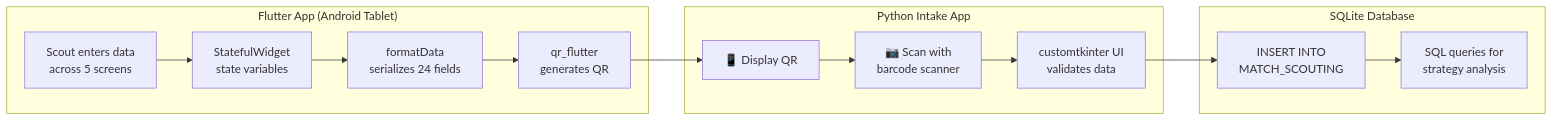
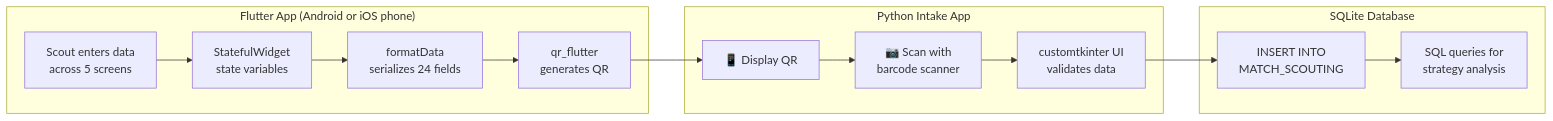
Before and after one commit to aamir-frc-scouting/frc-scouting-app-2025: the diagram in README.md, drawn with Mermaid. The commit also changed other lines of this file, not shown here.

Commit message:
Describe 2025 apps as deployed to scouts' Android and iOS phones (#4)

````diff
--- a/README.md
+++ b/README.md
@@ -93,19 +93,19 @@
 ```mermaid
 flowchart LR
-    subgraph Flutter["Flutter App (Android Tablet)"]
+    subgraph Flutter["Flutter App (Android or iOS phone)"]
         A[Scout enters data<br/>across 5 screens] --> B[StatefulWidget<br/>state variables]
         B --> C[formatData<br/>serializes 24 fields]
         C --> D[qr_flutter<br/>generates QR]
     end
     
     subgraph Intake["Python Intake App"]
         D --> E[📱 Display QR]
         E --> F[📷 Scan with<br/>barcode scanner]
         F --> G[customtkinter UI<br/>validates data]
     end
     
     subgraph Storage["SQLite Database"]
         G --> H[INSERT INTO<br/>MATCH_SCOUTING]
         H --> I[SQL queries for<br/>strategy analysis]
     end
 ```
````
